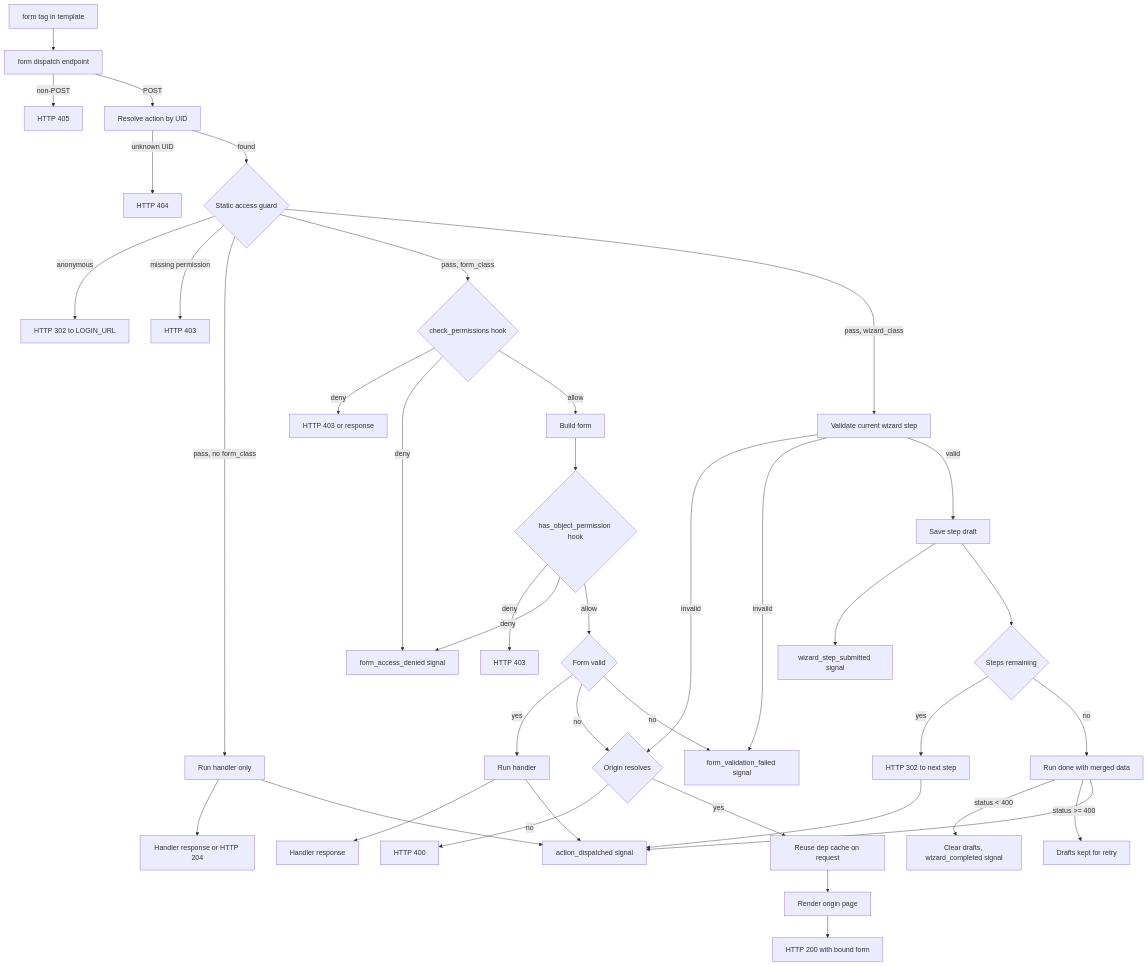
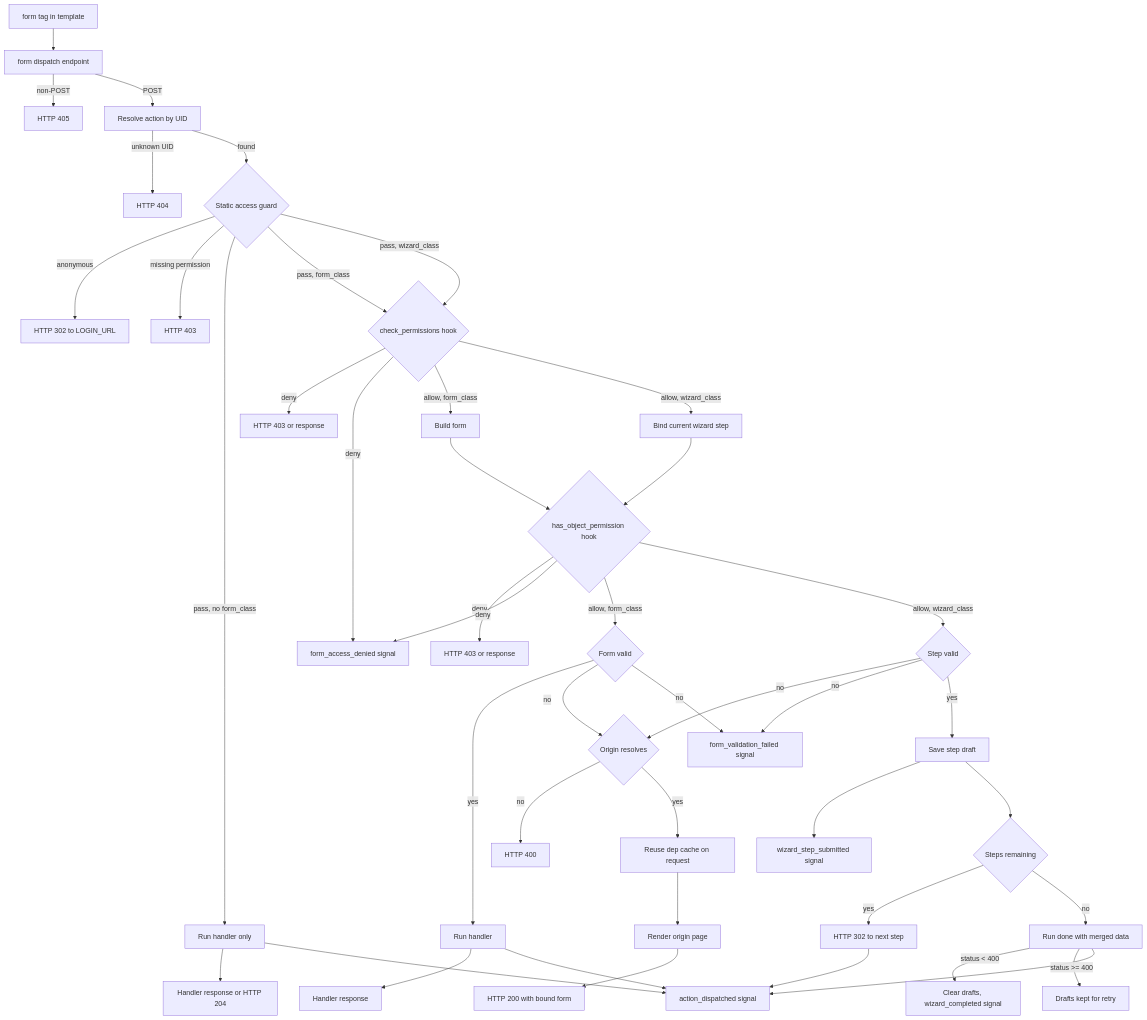
One commit to next-dj/next-dj changed the diagram in docs/content/internals/action-dispatch.rst. Above: the diagram before and after it, drawn with Mermaid. The commit also changed other lines of this file and 19 other files, not shown here.

```diff
--- a/docs/content/internals/action-dispatch.rst
+++ b/docs/content/internals/action-dispatch.rst
@@ -23,42 +23,45 @@
 .. mermaid::
 
    flowchart TB
        Template["form tag in template"] --> Endpoint["form dispatch endpoint"]
        Endpoint -- "non-POST" --> NotAllowed["HTTP 405"]
        Endpoint -- POST --> Lookup["Resolve action by UID"]
        Lookup -- unknown UID --> NotFound["HTTP 404"]
        Lookup -- found --> Guard{"Static access guard"}
        Guard -- anonymous --> LoginRedirect["HTTP 302 to LOGIN_URL"]
        Guard -- "missing permission" --> Forbidden["HTTP 403"]
        Guard -- "pass, no form_class" --> HandlerOnly["Run handler only"]
        Guard -- "pass, form_class" --> ViewHook{"check_permissions hook"}
-       Guard -- "pass, wizard_class" --> WizardStep["Validate current wizard step"]
+       Guard -- "pass, wizard_class" --> ViewHook
        ViewHook -- "deny" --> HookDenied["HTTP 403 or response"]
        ViewHook -- "deny" --> AccessDenied["form_access_denied signal"]
-       ViewHook -- "allow" --> Build["Build form"]
+       ViewHook -- "allow, form_class" --> Build["Build form"]
+       ViewHook -- "allow, wizard_class" --> WizardStep["Bind current wizard step"]
        HandlerOnly --> HandlerOnlyResponse["Handler response or HTTP 204"]
        HandlerOnly --> ActionDispatched["action_dispatched signal"]
        Build --> ObjectHook{"has_object_permission hook"}
-       ObjectHook -- "deny" --> ObjectDenied["HTTP 403"]
+       WizardStep --> ObjectHook
+       ObjectHook -- "deny" --> ObjectDenied["HTTP 403 or response"]
        ObjectHook -- "deny" --> AccessDenied
-       ObjectHook -- "allow" --> Validate{"Form valid"}
+       ObjectHook -- "allow, form_class" --> Validate{"Form valid"}
+       ObjectHook -- "allow, wizard_class" --> WizardValid{"Step valid"}
        Validate -- yes --> Handler["Run handler"]
        Handler --> Response["Handler response"]
        Handler --> ActionDispatched
        Validate -- no --> Origin{"Origin resolves"}
        Origin -- no --> BadRequest["HTTP 400"]
        Origin -- yes --> ShareCache["Reuse dep cache on request"]
        ShareCache --> RenderOrigin["Render origin page"]
        RenderOrigin --> RerenderHTML["HTTP 200 with bound form"]
        Validate -- no --> FormFailed["form_validation_failed signal"]
-       WizardStep -- invalid --> Origin
-       WizardStep -- invalid --> FormFailed
-       WizardStep -- valid --> SaveStep["Save step draft"]
+       WizardValid -- no --> Origin
+       WizardValid -- no --> FormFailed
+       WizardValid -- yes --> SaveStep["Save step draft"]
        SaveStep --> StepSubmitted["wizard_step_submitted signal"]
        SaveStep --> StepsLeft{"Steps remaining"}
        StepsLeft -- yes --> Advance["HTTP 302 to next step"]
        StepsLeft -- no --> Done["Run done with merged data"]
        Done -- "status < 400" --> Completed["Clear drafts, wizard_completed signal"]
        Done -- "status >= 400" --> KeepDrafts["Drafts kept for retry"]
        Advance --> ActionDispatched
        Done --> ActionDispatched
```
